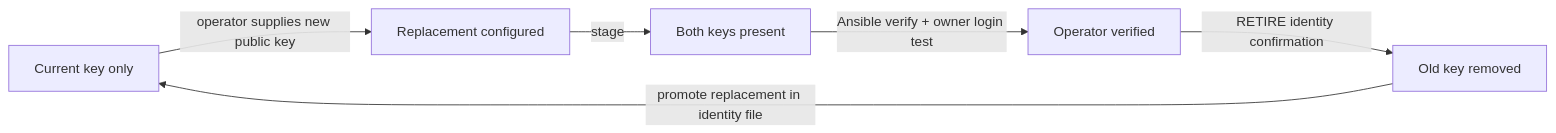
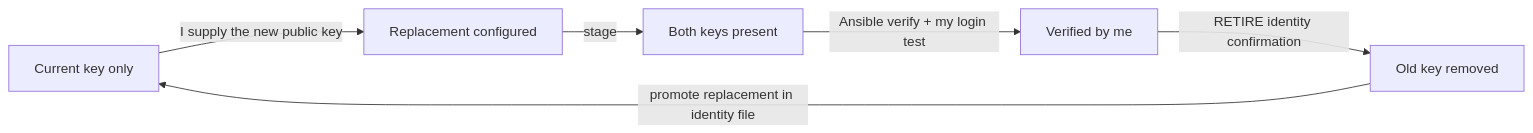
Before and after one commit to Duresa7/Homelab: the second of 3 diagrams in Platforms/Ansible/Documentation/Architecture.md, drawn with Mermaid. The commit also changed other lines of this file and 13 other files, not shown here.

````diff
--- a/Platforms/Ansible/Documentation/Architecture.md
+++ b/Platforms/Ansible/Documentation/Architecture.md
@@ -35,8 +35,8 @@
 ```mermaid
 flowchart LR
-    C["Current key only"] -->|"operator supplies new public key"| N["Replacement configured"]
+    C["Current key only"] -->|"I supply the new public key"| N["Replacement configured"]
     N -->|"stage"| B["Both keys present"]
-    B -->|"Ansible verify + owner login test"| V["Operator verified"]
+    B -->|"Ansible verify + my login test"| V["Verified by me"]
     V -->|"RETIRE identity confirmation"| R["Old key removed"]
     R -->|"promote replacement in identity file"| C
 ```
````
